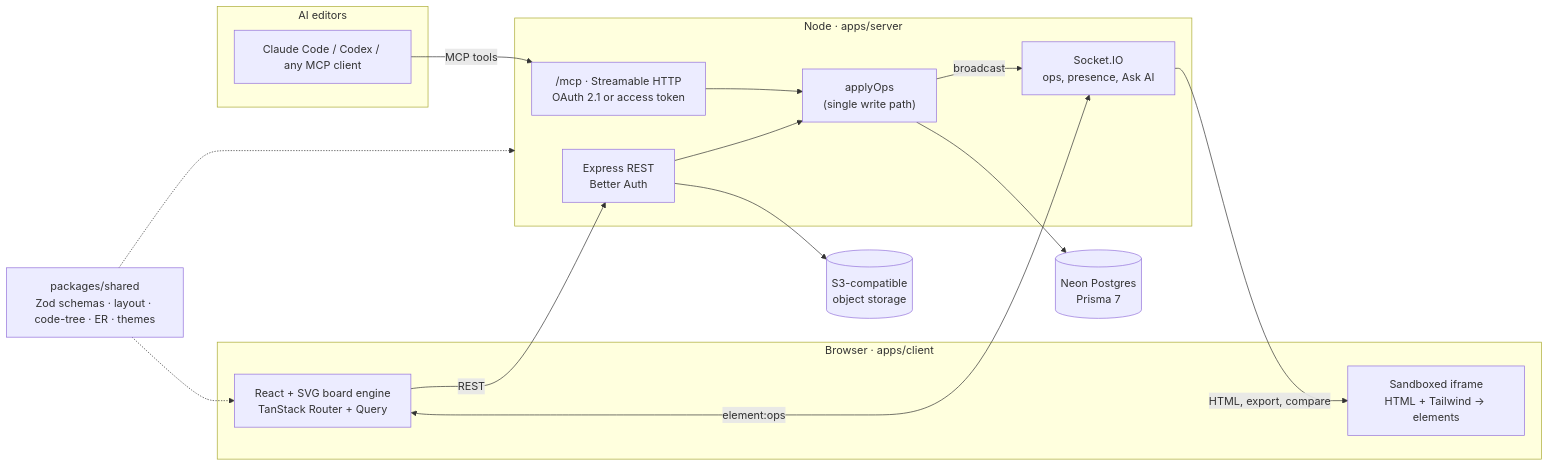
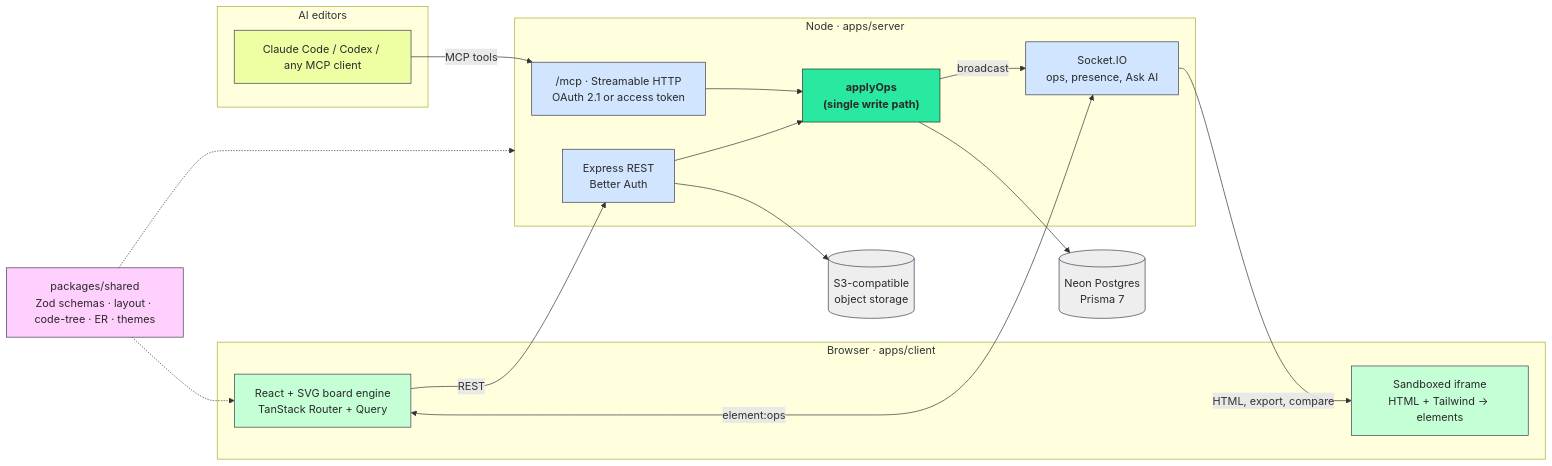
One commit to FahimAnsawry/Prism changed the diagram in README.md. Above: the diagram before and after it, drawn with Mermaid. The commit also changed other lines of this file and 10 other files, not shown here.

````diff
--- a/README.md
+++ b/README.md
@@ -26,31 +89,44 @@
 ```mermaid
 flowchart LR
   subgraph Editors["AI editors"]
     CC["Claude Code / Codex / any MCP client"]
   end
   subgraph Browser["Browser · apps/client"]
     UI["React + SVG board engine<br/>TanStack Router + Query"]
     IF["Sandboxed iframe<br/>HTML + Tailwind → elements"]
   end
   subgraph Server["Node · apps/server"]
     MCP["/mcp · Streamable HTTP<br/>OAuth 2.1 or access token"]
     API["Express REST<br/>Better Auth"]
     RT["Socket.IO<br/>ops, presence, Ask AI"]
     OPS["applyOps<br/>(single write path)"]
   end
   SH["packages/shared<br/>Zod schemas · layout · code-tree · ER · themes"]
   DB[("Neon Postgres<br/>Prisma 7")]
   S3[("S3-compatible<br/>object storage")]
 
   CC -- MCP tools --> MCP
   UI -- REST --> API
   UI <-- element:ops --> RT
   MCP --> OPS
   API --> OPS
   OPS --> DB
   OPS -- broadcast --> RT
   RT -- HTML, export, compare --> IF
   API --> S3
   SH -.-> UI
   SH -.-> Server
+
+  classDef editor fill:#ecffa3,stroke:#3d3b4f,color:#2a2a2a
+  classDef client fill:#c5ffd6,stroke:#3d3b4f,color:#2a2a2a
+  classDef server fill:#d1e5ff,stroke:#3d3b4f,color:#2a2a2a
+  classDef core fill:#28e99f,stroke:#2a2a2a,color:#2a2a2a,font-weight:bold
+  classDef shared fill:#ffcffe,stroke:#3d3b4f,color:#2a2a2a
+  classDef store fill:#eeeeee,stroke:#3d3b4f,color:#2a2a2a
+  class CC editor
+  class UI,IF client
+  class MCP,API,RT server
+  class OPS core
+  class SH shared
+  class DB,S3 store
 ```
````
